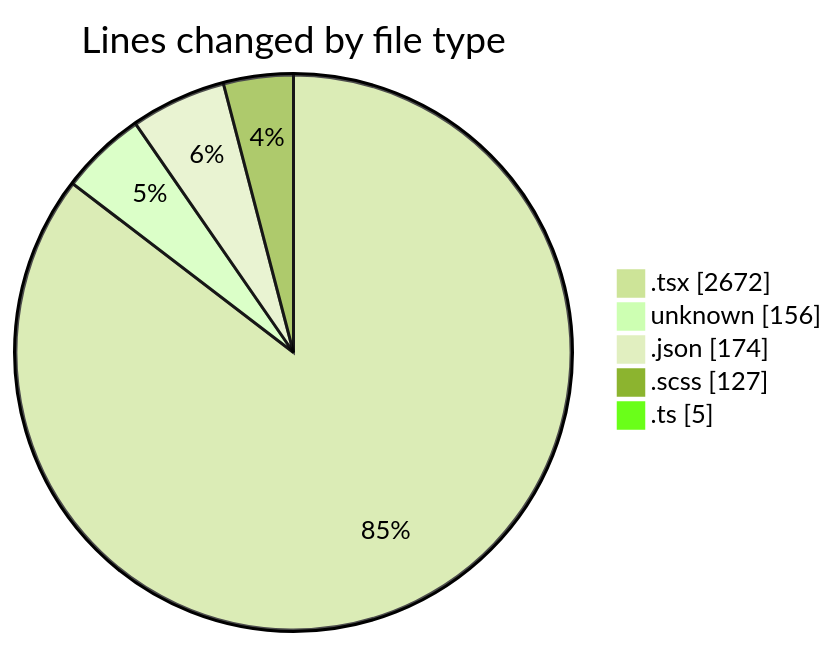
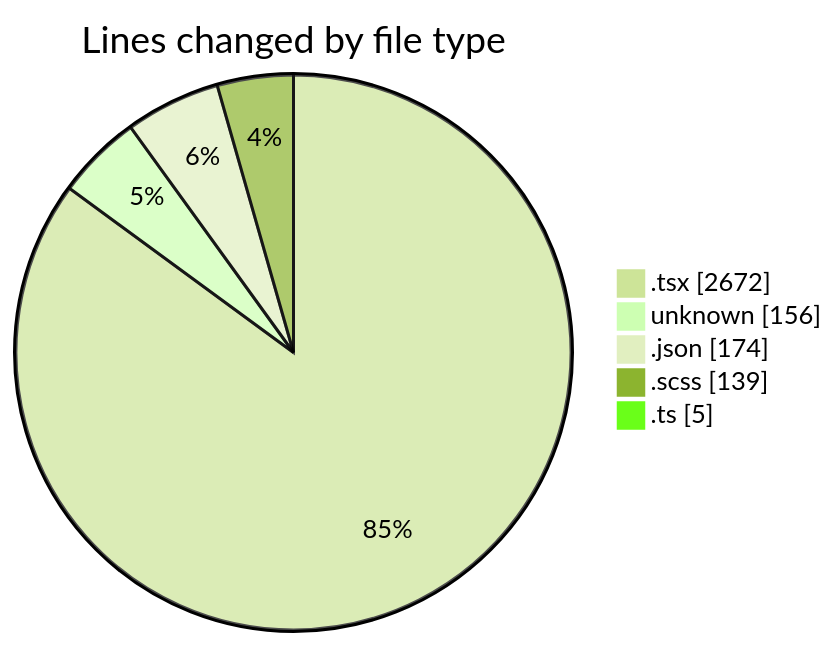
One commit to momahboobian/code-tracking changed the first of 2 diagrams in 2026-09-28/cda/README.md. Above: the diagram before and after it, drawn with Mermaid (forest theme). The commit also changed other lines of this file and 1 other file, not shown here.

````diff
--- a/2026-09-28/cda/README.md
+++ b/2026-09-28/cda/README.md
@@ -34,9 +34,9 @@
 ```mermaid
 pie showData
 title Lines changed by file type
 ".tsx" : 2672
 "unknown" : 156
 ".json" : 174
-".scss" : 127
+".scss" : 139
 ".ts" : 5
 ```
````
